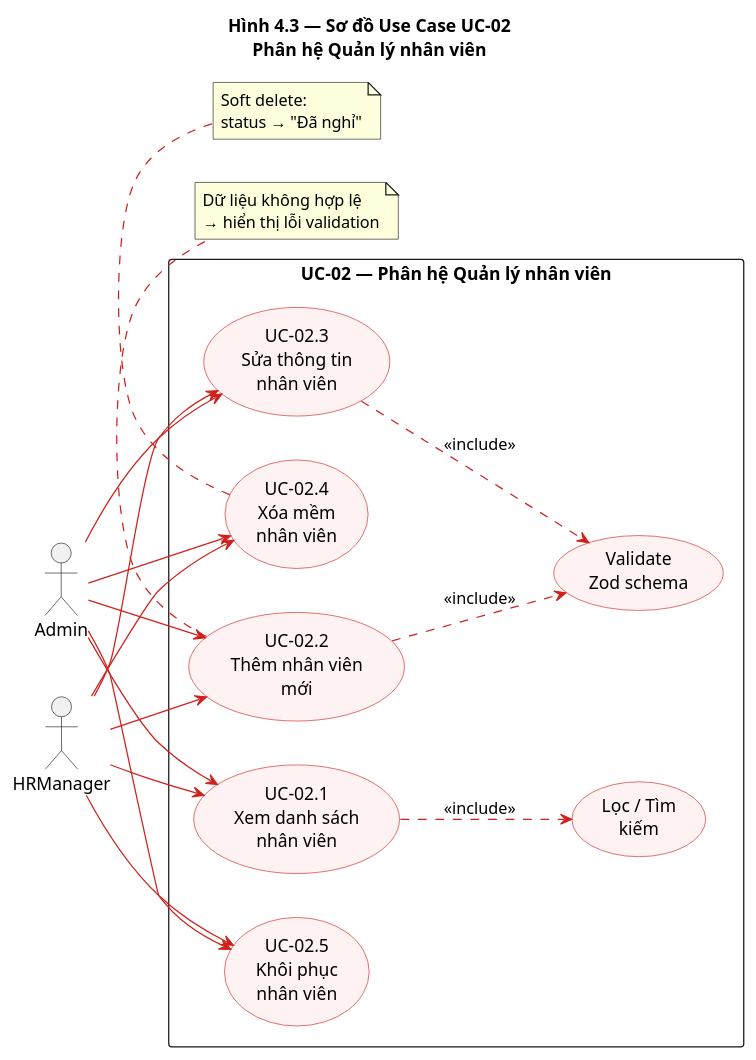
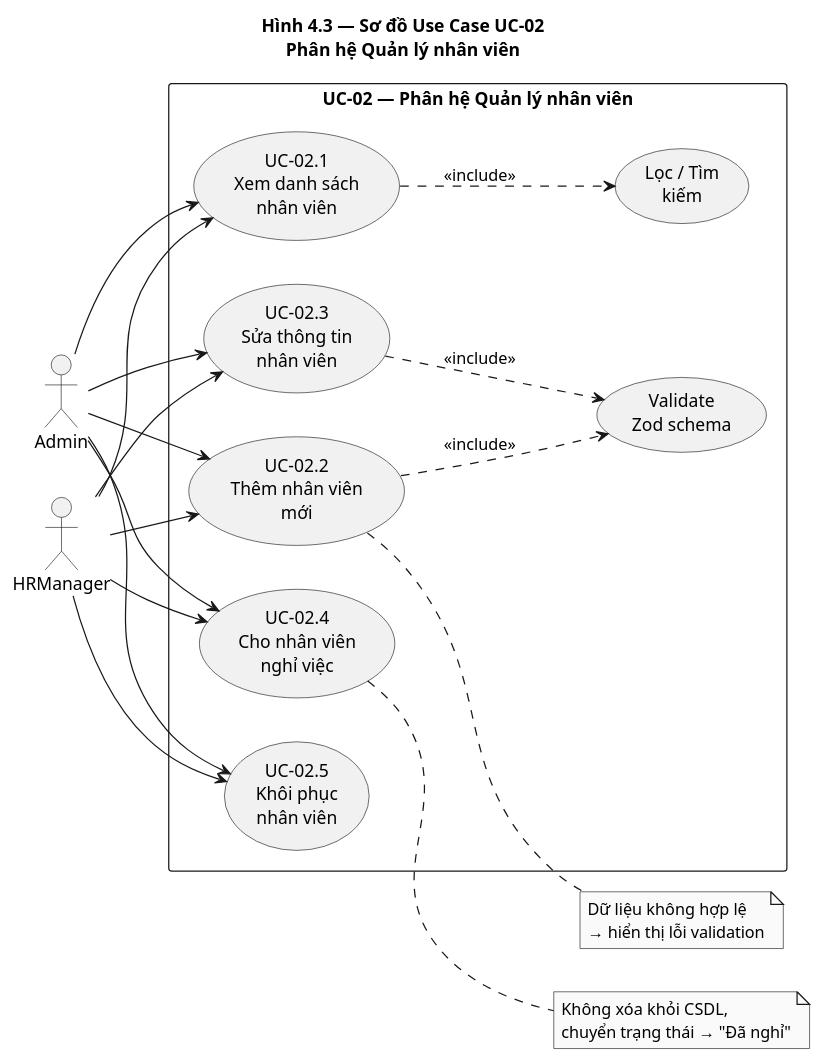
The diagram in bao-cao/hinh-anh/UML/usecase/uc-02-nhan-vien.puml (Khoa040706/axiom), drawn with PlantUML before and after one commit. The commit also changed 46 other files, not shown here.

```diff
--- a/bao-cao/hinh-anh/UML/usecase/uc-02-nhan-vien.puml
+++ b/bao-cao/hinh-anh/UML/usecase/uc-02-nhan-vien.puml
@@ -1,53 +1,49 @@
 @startuml
+skinparam monochrome true
+skinparam shadowing false
 title Hình 4.3 — Sơ đồ Use Case UC-02\nPhân hệ Quản lý nhân viên
-skinparam usecase {
-  BackgroundColor #FEF2F2
-  BorderColor #D0211C
-  ArrowColor #D0211C
-  ActorBorderColor #991414
-  ActorFontStyle Bold
-}
+
 skinparam packageStyle rectangle
 left to right direction
 
 actor "Admin" as Admin
 actor "HRManager" as HR
 
 rectangle "UC-02 — Phân hệ Quản lý nhân viên" {
   usecase "UC-02.1\nXem danh sách\nnhân viên" as UC1
   usecase "UC-02.2\nThêm nhân viên\nmới" as UC2
   usecase "UC-02.3\nSửa thông tin\nnhân viên" as UC3
-  usecase "UC-02.4\nXóa mềm\nnhân viên" as UC4
+  usecase "UC-02.4\nCho nhân viên\nnghỉ việc" as UC4
   usecase "UC-02.5\nKhôi phục\nnhân viên" as UC5
 
   usecase "Validate\nZod schema" as INC1
   usecase "Lọc / Tìm\nkiếm" as INC2
 }
 
 Admin --> UC1
 Admin --> UC2
 Admin --> UC3
 Admin --> UC4
 Admin --> UC5
 
 HR --> UC1
 HR --> UC2
 HR --> UC3
 HR --> UC4
 HR --> UC5
 
 UC1 ..> INC2 : <<include>>
 UC2 ..> INC1 : <<include>>
 UC3 ..> INC1 : <<include>>
 
-note bottom of UC2
+note right of UC2
   Dữ liệu không hợp lệ
   → hiển thị lỗi validation
 end note
 
-note bottom of UC4
-  Soft delete:
-  status → "Đã nghỉ"
+note right of UC4
+  Không xóa khỏi CSDL,
+  chuyển trạng thái → "Đã nghỉ"
 end note
 
 @enduml
```
